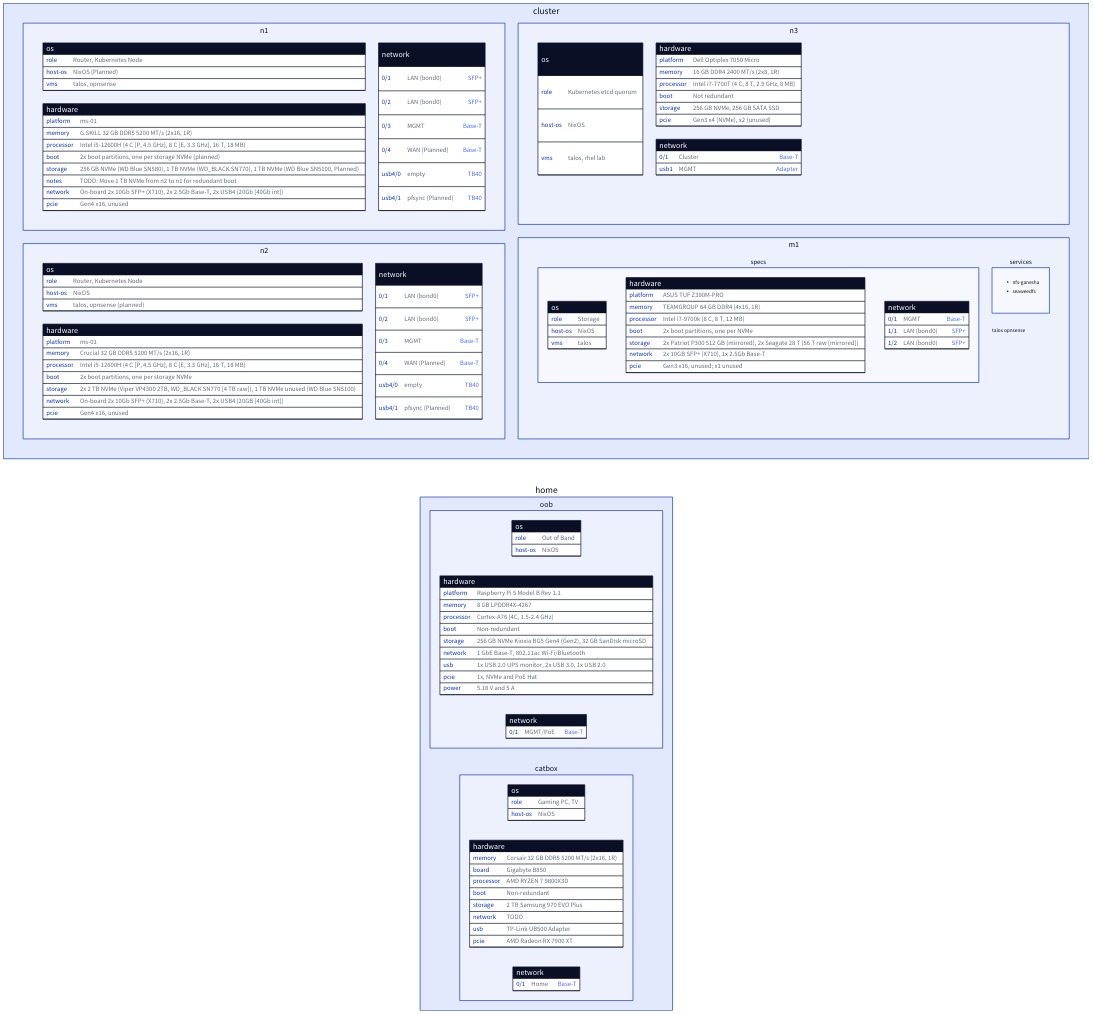
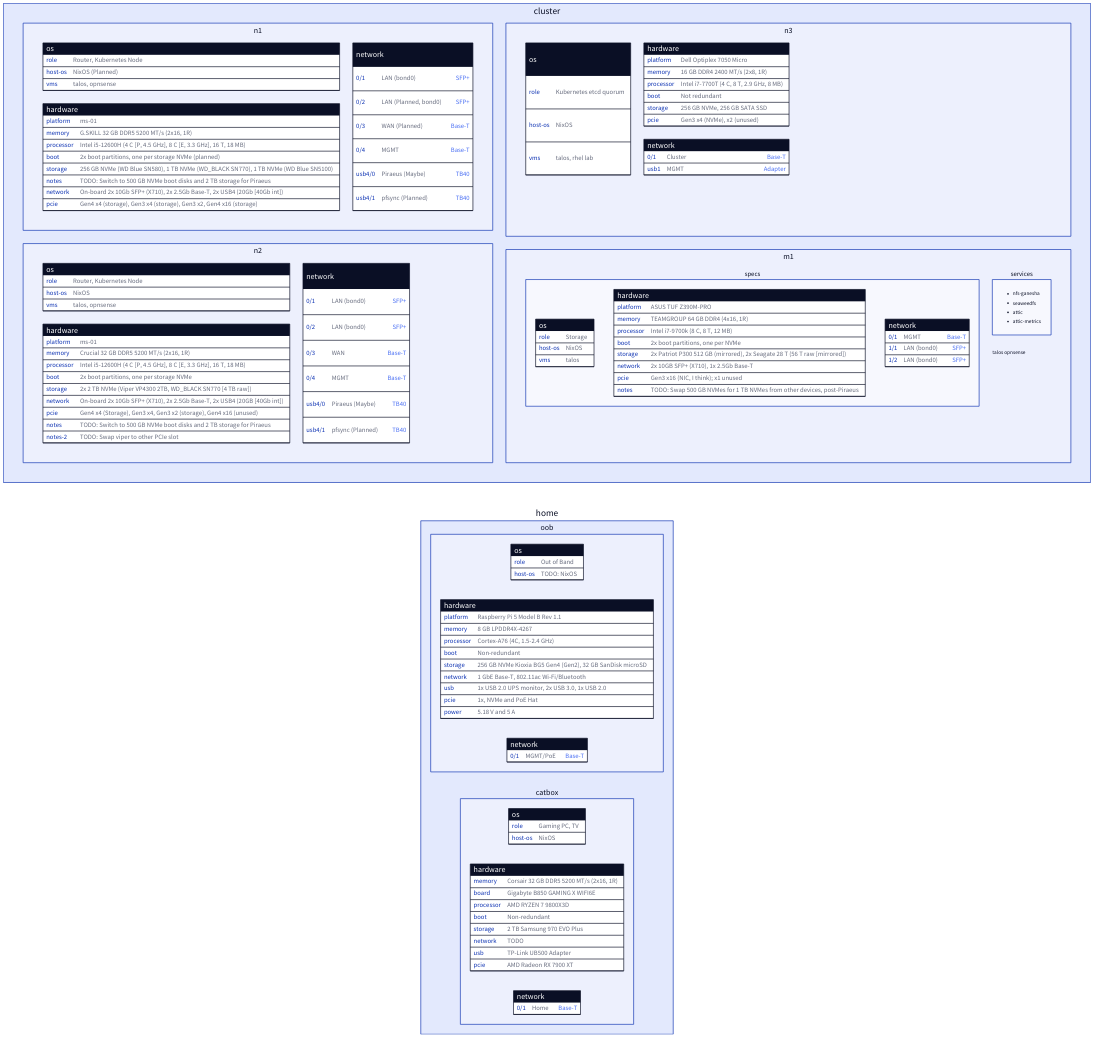
Before and after one commit to Liana64/dotfiles: the diagram in docs/diagrams/homelab.d2, drawn with D2. The commit also changed 4 other files, not shown here.

Commit message:
docs: update diagrams, notes

```diff
--- a/docs/diagrams/homelab.d2
+++ b/docs/diagrams/homelab.d2
@@ -1,172 +1,177 @@
 direction: right
 
 cluster: {
   grid-columns: 2
 
   n1: {
     grid-columns: 2
     os: {
       shape: sql_table
       role: Router, Kubernetes Node
       host-os: NixOS (Planned)
       vms: talos, opnsense
     }
     hardware: {
       shape: sql_table
       platform: ms-01
       memory: G.SKILL 32 GB DDR5 5200 MT/s (2x16, 1R)
       processor: "Intel i5-12600H (4 C [P, 4.5 GHz], 8 C [E, 3.3 GHz], 16 T, 18 MB)"
       boot: 2x boot partitions, one per storage NVMe (planned)
-      storage: 256 GB NVMe (WD Blue SN580), 1 TB NVMe (WD_BLACK SN770), 1 TB NVMe (WD Blue SN5100, Planned)
-      notes: "TODO: Move 1 TB NVMe from n2 to n1 for redundant boot"
+      storage: 256 GB NVMe (WD Blue SN580), 1 TB NVMe (WD_BLACK SN770), 1 TB NVMe (WD Blue SN5100)
+      notes: "TODO: Switch to 500 GB NVMe boot disks and 2 TB storage for Piraeus"
       network: "On-board 2x 10Gb SFP+ (X710), 2x 2.5Gb Base-T, 2x USB4 (20Gb [40Gb int])"
-      pcie: Gen4 x16, unused
+      pcie: Gen4 x4 (storage), Gen3 x4 (storage), Gen3 x2, Gen4 x16 (storage)
     }
     network: {
       shape: sql_table
       "0/1": LAN (bond0) {constraint: SFP+}
-      "0/2": LAN (bond0) {constraint: SFP+}
-      "0/3": MGMT {constraint: Base-T}
-      "0/4": WAN (Planned) {constraint: Base-T}
-      usb4/0: empty {constraint: TB40}
+      "0/2": LAN (Planned, bond0) {constraint: SFP+}
+      "0/3": WAN (Planned) {constraint: Base-T}
+      "0/4": MGMT {constraint: Base-T}
+      usb4/0: Piraeus (Maybe) {constraint: TB40}
       usb4/1: pfsync (Planned) {constraint: TB40}
     }
   }
   n2: {
     grid-columns: 2
     os: {
       shape: sql_table
       role: Router, Kubernetes Node
       host-os: NixOS
-      vms: talos, opnsense (planned)
+      vms: talos, opnsense
     }
     hardware: {
       shape: sql_table
       platform: ms-01
       memory: Crucial 32 GB DDR5 5200 MT/s (2x16, 1R)
       processor: "Intel i5-12600H (4 C [P, 4.5 GHz], 8 C [E, 3.3 GHz], 16 T, 18 MB)"
       boot: 2x boot partitions, one per storage NVMe
-      storage: "2x 2 TB NVMe (Viper VP4300 2TB, WD_BLACK SN770 [4 TB raw]), 1 TB NVMe unused (WD Blue SN5100)"
+      storage: "2x 2 TB NVMe (Viper VP4300 2TB, WD_BLACK SN770 [4 TB raw])"
       network: "On-board 2x 10Gb SFP+ (X710), 2x 2.5Gb Base-T, 2x USB4 (20GB [40Gb int])"
-      pcie: Gen4 x16, unused
+      pcie: Gen4 x4 (Storage), Gen3 x4, Gen3 x2 (storage), Gen4 x16 (unused)
+      notes: "TODO: Switch to 500 GB NVMe boot disks and 2 TB storage for Piraeus"
+      notes-2: "TODO: Swap viper to other PCIe slot"
     }
     network: {
       shape: sql_table
       "0/1": LAN (bond0) {constraint: SFP+}
       "0/2": LAN (bond0) {constraint: SFP+}
-      "0/3": MGMT {constraint: Base-T}
-      "0/4": WAN (Planned) {constraint: Base-T}
-      usb4/0: empty {constraint: TB40}
+      "0/3": WAN {constraint: Base-T}
+      "0/4": MGMT {constraint: Base-T}
+      usb4/0: Piraeus (Maybe) {constraint: TB40}
       usb4/1: pfsync (Planned) {constraint: TB40}
     }
   }
   n3: {
     grid-columns: 2
     os: {
       shape: sql_table
       role: Kubernetes etcd quorum
       host-os: NixOS
       vms: talos, rhel lab
     }
     hardware: {
       shape: sql_table
       platform: Dell Optiplex 7050 Micro
       memory: 16 GB DDR4 2400 MT/s (2x8, 1R)
       processor: Intel i7-7700T (4 C, 8 T, 2.9 GHz, 8 MB)
       boot: Not redundant
       storage: 256 GB NVMe, 256 GB SATA SSD
       pcie: Gen3 x4 (NVMe), x2 (unused)
     }
     network: {
       shape: sql_table
       "0/1": Cluster {constraint: Base-T}
       usb1: MGMT {constraint: Adapter}
     }
   }
   m1: {
     grid-columns: 2
     specs: {
       direction: down
       os: {
         shape: sql_table
         role: Storage
         host-os: NixOS
         vms: talos
       }
       hardware: {
         shape: sql_table
         platform: ASUS TUF Z390M-PRO
         memory: TEAMGROUP 64 GB DDR4 (4x16, 1R)
         processor: "Intel i7-9700k (8 C, 8 T, 12 MB)"
         boot: 2x boot partitions, one per NVMe
         storage: "2x Patriot P300 512 GB (mirrored), 2x Seagate 28 T (56 T raw [mirrored])"
         network: 2x 10GB SFP+ (X710), 1x 2.5Gb Base-T
-        pcie: "Gen3 x16, unused; x1 unused"
+        pcie: "Gen3 x16 (NIC, I think); x1 unused"
+        notes: "TODO: Swap 500 GB NVMes for 1 TB NVMes from other devices, post-Piraeus"
       }
       network: {
         shape: sql_table
         "0/1": MGMT {constraint: Base-T}
         "1/1": LAN (bond0) {constraint: SFP+}
         "1/2": LAN (bond0) {constraint: SFP+}
       }
     }
     services: {
       userspace: |md
         - nfs-ganesha
         - seaweedfs
+        - attic
+        - attic-metrics
       |
     }
     libvirtd: |md
       talos
       opnsense
     |
   }
 }
 home: {
   # CP1500PFCLCDa
   oob: {
     os: {
       shape: sql_table
       role: Out of Band
-      host-os: NixOS
+      host-os: "TODO: NixOS"
     }
     hardware: {
       shape: sql_table
       platform: Raspberry Pi 5 Model B Rev 1.1
       memory: 8 GB LPDDR4X-4267
       processor: Cortex-A76 (4C, 1.5-2.4 GHz)
       boot: Non-redundant
       storage: 256 GB NVMe Kioxia BG5 Gen4 (Gen2), 32 GB SanDisk microSD
       network: 1 GbE Base-T, 802.11ac Wi-Fi/Bluetooth
       usb: 1x USB 2.0 UPS monitor, 2x USB 3.0, 1x USB 2.0
       pcie: 1x, NVMe and PoE Hat
       power: 5.18 V and 5 A
     }
     network: {
       shape: sql_table
       "0/1": MGMT/PoE {constraint: Base-T}
     }
   }
   catbox: {
     os: {
       shape: sql_table
       role: Gaming PC, TV
       host-os: NixOS
     }
     hardware: {
       shape: sql_table
       memory: Corsair 32 GB DDR5 5200 MT/s (2x16, 1R)
-      board: "Gigabyte B850"
+      board: "Gigabyte B850 GAMING X WIFI6E"
       processor: "AMD RYZEN 7 9800X3D"
       boot: Non-redundant
       storage: 2 TB Samsung 970 EVO Plus
       network: TODO
       usb: TP-Link UB500 Adapter
       pcie: AMD Radeon RX 7900 XT
     }
     network: {
       shape: sql_table
       "0/1": Home {constraint: Base-T}
     }
   }
 }
```
